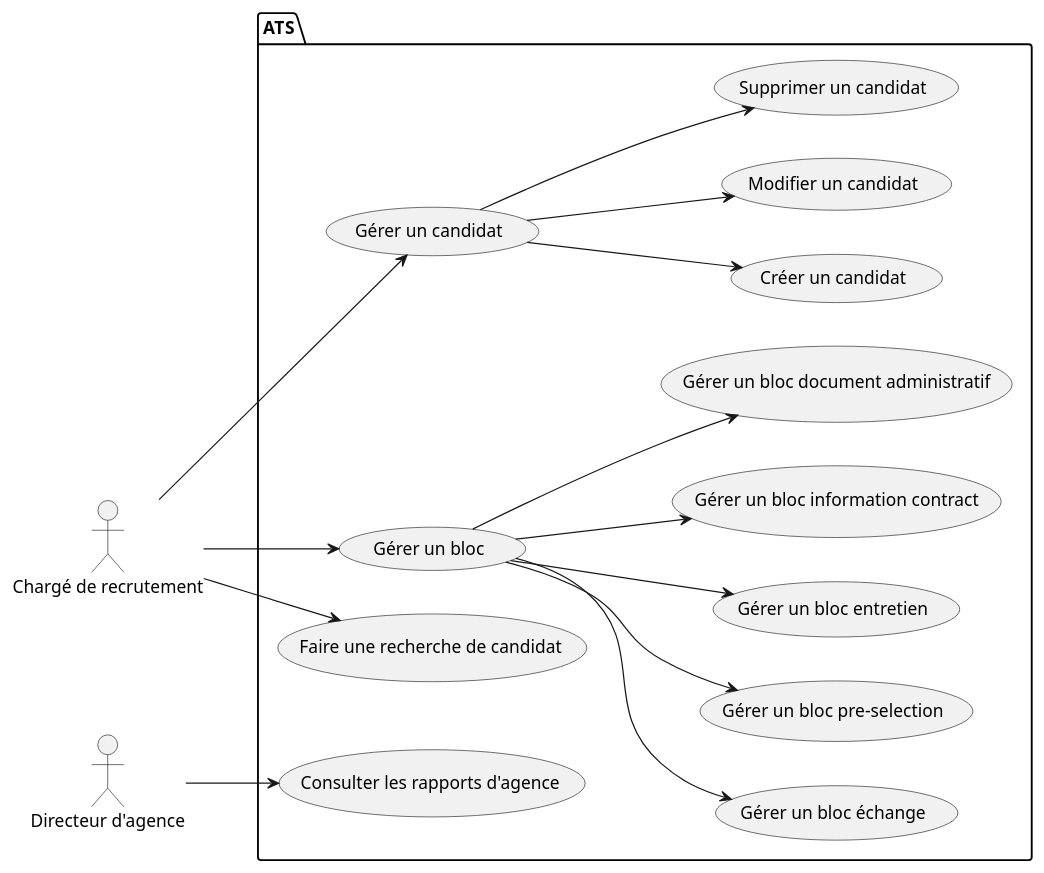
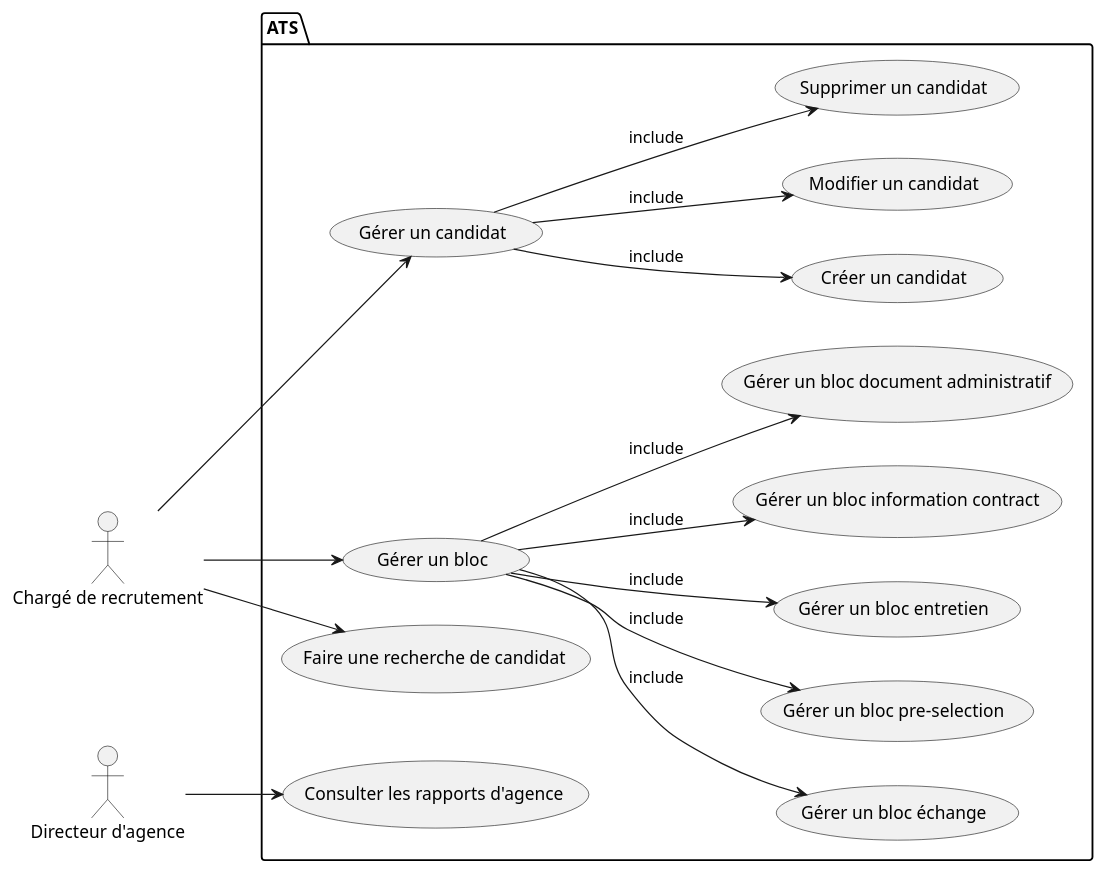
Before and after one commit to QuentinVdr/CompoMetier: the third of 4 diagrams in README.md, drawn with PlantUML.

Commit message:
✨ Update UML diagrams in README.md

````diff
--- a/README.md
+++ b/README.md
@@ -79,33 +79,33 @@
 ```plantuml
 @startuml
 left to right direction
 actor "Chargé de recrutement" as cr
 actor "Directeur d'agence" as ad
 package ATS {
   usecase "Gérer un candidat" as UC1
   usecase "Créer un candidat" as UC11
   usecase "Modifier un candidat" as UC12
   usecase "Supprimer un candidat" as UC13
   usecase "Gérer un bloc" as UC2
   usecase "Gérer un bloc échange" as UC21
   usecase "Gérer un bloc pre-selection" as UC22
   usecase "Gérer un bloc entretien" as UC23
   usecase "Gérer un bloc information contract" as UC24
   usecase "Gérer un bloc document administratif" as UC25
   usecase "Faire une recherche de candidat" as UC3
   usecase "Consulter les rapports d'agence" as ADUC1
 }
 cr --> UC1
-UC1 --> UC11
-UC1 --> UC12
-UC1 --> UC13
+UC1 --> UC11 : include
+UC1 --> UC12 : include
+UC1 --> UC13 : include
 cr --> UC2
-UC2 --> UC21
-UC2 --> UC22
-UC2 --> UC23
-UC2 --> UC24
-UC2 --> UC25
+UC2 --> UC21 : include
+UC2 --> UC22 : include
+UC2 --> UC23 : include
+UC2 --> UC24 : include
+UC2 --> UC25 : include
 cr --> UC3
 ad --> ADUC1
 @enduml
 ```
````
